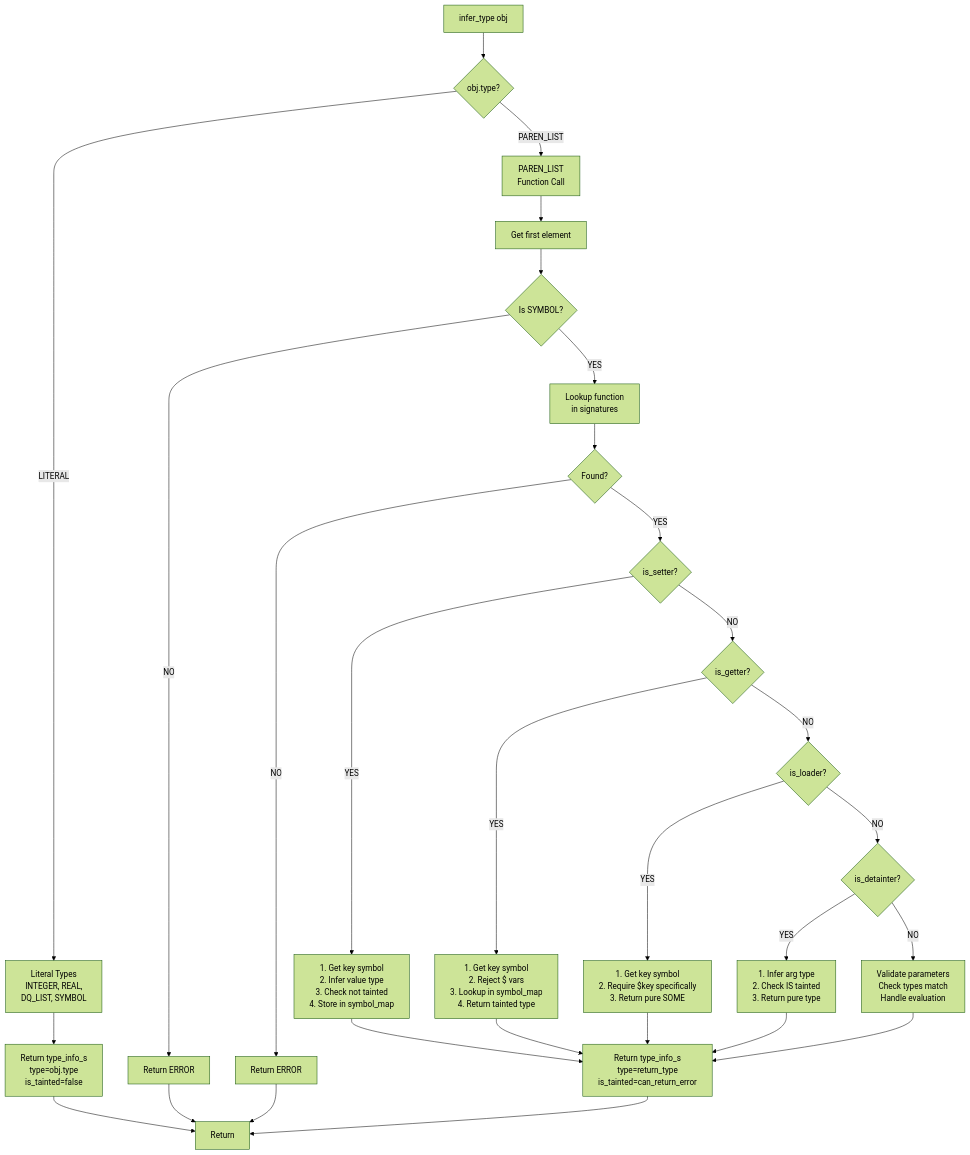
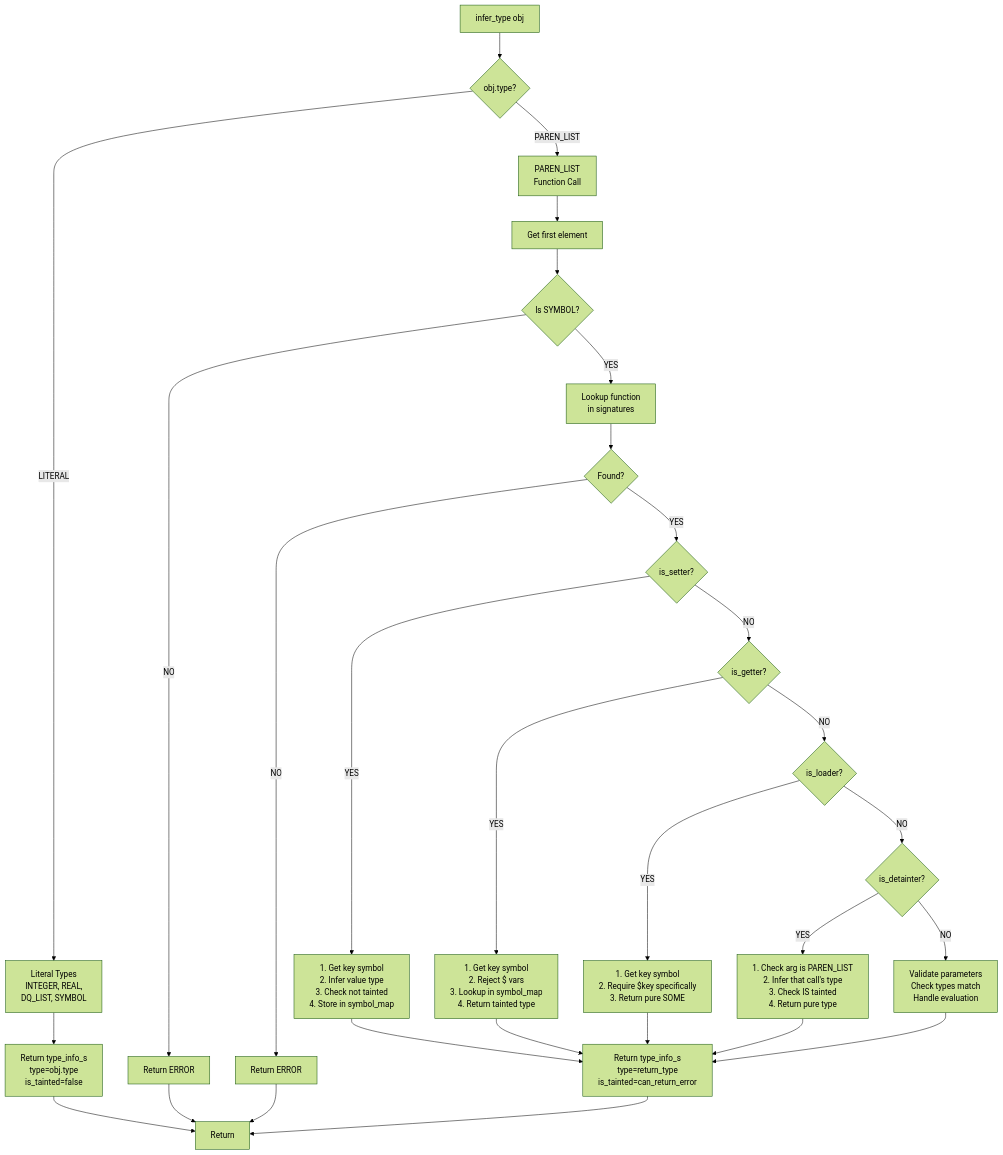
The sixth of 7 diagrams in pkg/ts/ts.md (bosley/sxs), drawn with Mermaid (forest theme) before and after one commit. The commit also changed other lines of this file and 9 other files, not shown here.

````diff
--- a/pkg/ts/ts.md
+++ b/pkg/ts/ts.md
@@ -239,71 +258,71 @@
 ```mermaid
 flowchart TD
     START[infer_type obj]
     
     SWITCH{obj.type?}
     
     LITERAL[Literal Types<br/>INTEGER, REAL,<br/>DQ_LIST, SYMBOL]
     RET_LITERAL[Return type_info_s<br/>type=obj.type<br/>is_tainted=false]
     
     PAREN[PAREN_LIST<br/>Function Call]
     
     GET_FIRST[Get first element]
     CHECK_SYM{Is SYMBOL?}
     ERR1[Return ERROR]
     
     LOOKUP[Lookup function<br/>in signatures]
     CHECK_EXISTS{Found?}
     ERR2[Return ERROR]
     
     CHECK_SETTER{is_setter?}
     SETTER_LOGIC[1. Get key symbol<br/>2. Infer value type<br/>3. Check not tainted<br/>4. Store in symbol_map]
     
     CHECK_GETTER{is_getter?}
     GETTER_LOGIC[1. Get key symbol<br/>2. Reject $ vars<br/>3. Lookup in symbol_map<br/>4. Return tainted type]
     
     CHECK_LOADER{is_loader?}
     LOADER_LOGIC[1. Get key symbol<br/>2. Require $key specifically<br/>3. Return pure SOME]
     
     CHECK_DETAINT{is_detainter?}
-    DETAINT_LOGIC[1. Infer arg type<br/>2. Check IS tainted<br/>3. Return pure type]
+    DETAINT_LOGIC[1. Check arg is PAREN_LIST<br/>2. Infer that call's type<br/>3. Check IS tainted<br/>4. Return pure type]
     
     VALIDATE_PARAMS[Validate parameters<br/>Check types match<br/>Handle evaluation]
     
     RET_FN[Return type_info_s<br/>type=return_type<br/>is_tainted=can_return_error]
     
     START --> SWITCH
     SWITCH -->|LITERAL| LITERAL
     LITERAL --> RET_LITERAL
     
     SWITCH -->|PAREN_LIST| PAREN
     PAREN --> GET_FIRST
     GET_FIRST --> CHECK_SYM
     CHECK_SYM -->|NO| ERR1
     CHECK_SYM -->|YES| LOOKUP
     LOOKUP --> CHECK_EXISTS
     CHECK_EXISTS -->|NO| ERR2
     
     CHECK_EXISTS -->|YES| CHECK_SETTER
     CHECK_SETTER -->|YES| SETTER_LOGIC
     CHECK_SETTER -->|NO| CHECK_GETTER
     
     CHECK_GETTER -->|YES| GETTER_LOGIC
     CHECK_GETTER -->|NO| CHECK_LOADER
     
     CHECK_LOADER -->|YES| LOADER_LOGIC
     CHECK_LOADER -->|NO| CHECK_DETAINT
     
     CHECK_DETAINT -->|YES| DETAINT_LOGIC
     CHECK_DETAINT -->|NO| VALIDATE_PARAMS
     
     SETTER_LOGIC --> RET_FN
     GETTER_LOGIC --> RET_FN
     LOADER_LOGIC --> RET_FN
     DETAINT_LOGIC --> RET_FN
     VALIDATE_PARAMS --> RET_FN
     
     RET_LITERAL --> END[Return]
     ERR1 --> END
     ERR2 --> END
     RET_FN --> END
 ```
````
